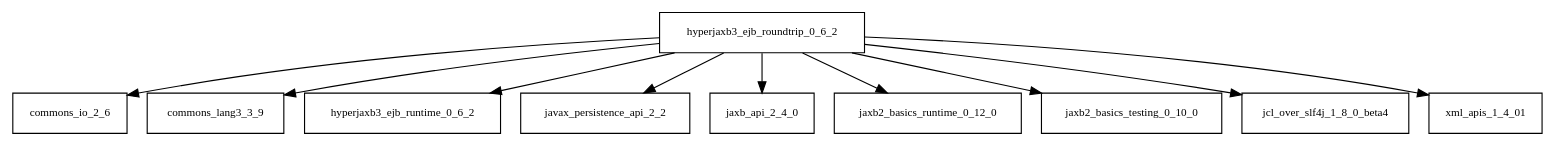
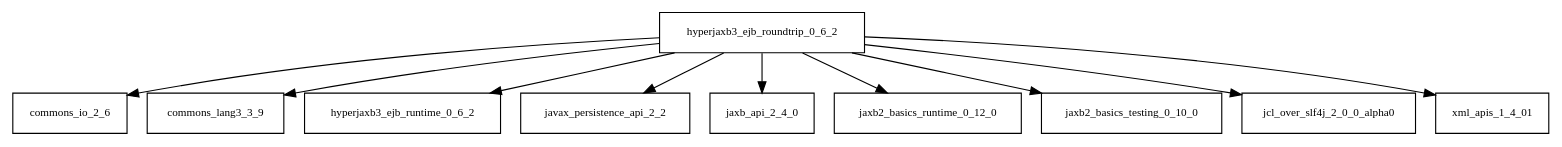
One commit to Hack23/cia changed the diagram in tattleTaleReport/graphviz/hyperjaxb3-ejb-roundtrip-0.6.2.jar/hyperjaxb3-ejb-roundtrip-0.6.2.jar.dot. Above: the diagram before and after it, drawn with Graphviz. The commit also changed 4856 other files, not shown here.

```diff
--- a/tattleTaleReport/graphviz/hyperjaxb3-ejb-roundtrip-0.6.2.jar/hyperjaxb3-ejb-roundtrip-0.6.2.jar.dot
+++ b/tattleTaleReport/graphviz/hyperjaxb3-ejb-roundtrip-0.6.2.jar/hyperjaxb3-ejb-roundtrip-0.6.2.jar.dot
@@ -1,12 +1,12 @@
 digraph hyperjaxb3_ejb_roundtrip_0_6_2_dependencies {
   node [shape = box, fontsize=10.0];
   hyperjaxb3_ejb_roundtrip_0_6_2 -> commons_io_2_6;
   hyperjaxb3_ejb_roundtrip_0_6_2 -> commons_lang3_3_9;
   hyperjaxb3_ejb_roundtrip_0_6_2 -> hyperjaxb3_ejb_runtime_0_6_2;
   hyperjaxb3_ejb_roundtrip_0_6_2 -> javax_persistence_api_2_2;
   hyperjaxb3_ejb_roundtrip_0_6_2 -> jaxb_api_2_4_0;
   hyperjaxb3_ejb_roundtrip_0_6_2 -> jaxb2_basics_runtime_0_12_0;
   hyperjaxb3_ejb_roundtrip_0_6_2 -> jaxb2_basics_testing_0_10_0;
-  hyperjaxb3_ejb_roundtrip_0_6_2 -> jcl_over_slf4j_1_8_0_beta4;
+  hyperjaxb3_ejb_roundtrip_0_6_2 -> jcl_over_slf4j_2_0_0_alpha0;
   hyperjaxb3_ejb_roundtrip_0_6_2 -> xml_apis_1_4_01;
 }
```
